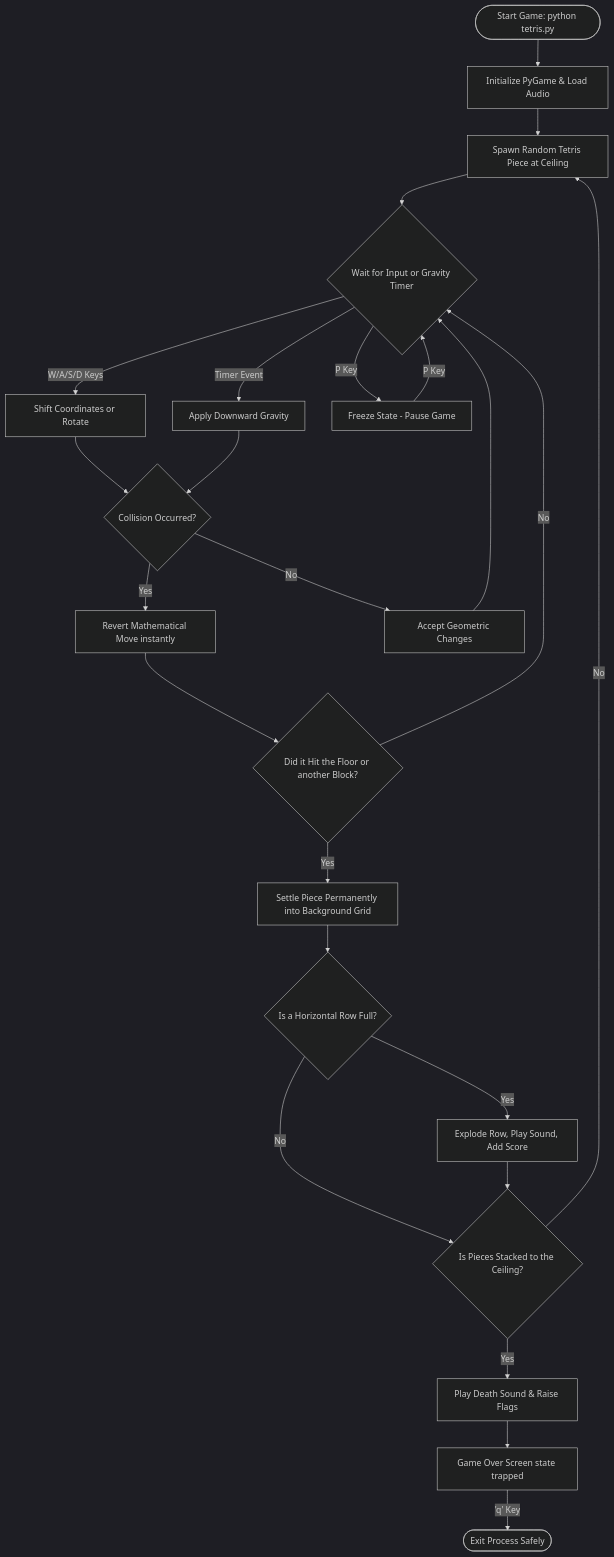
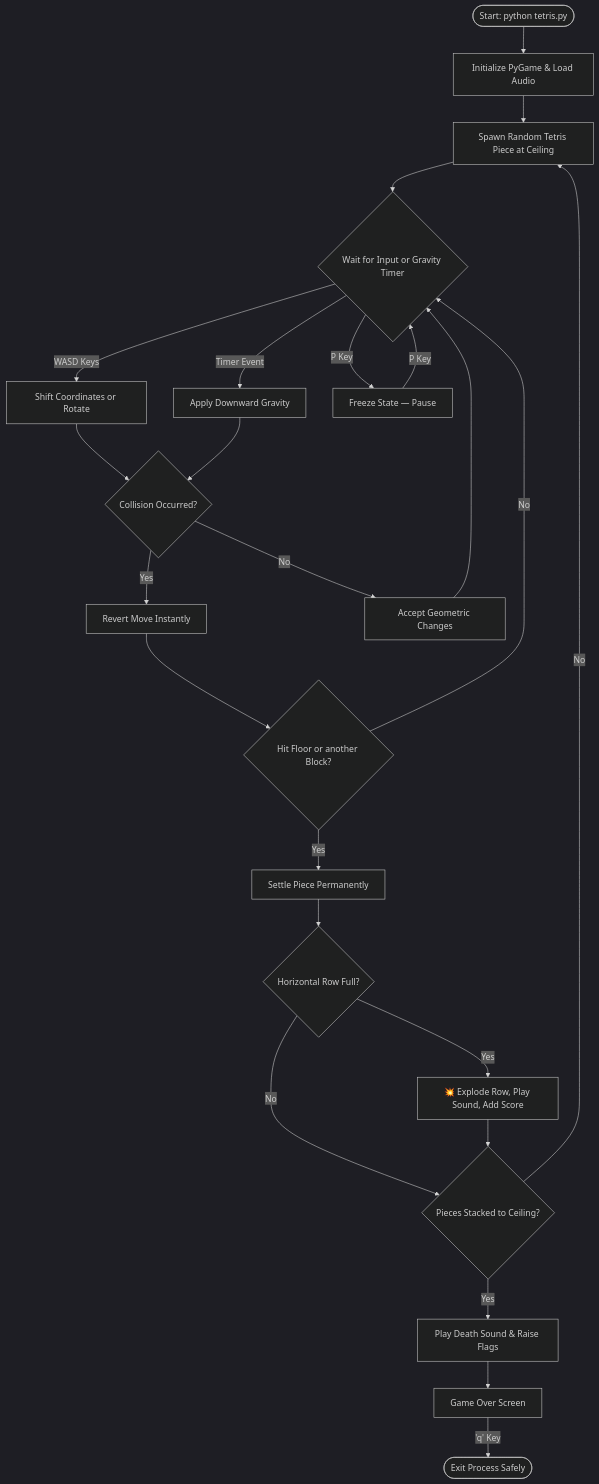
The second of 9 diagrams in Tetris Game/README.md (Subhadip-Paul2006/Games-Using-Python), drawn with Mermaid (dark theme) before and after one commit. The commit also changed other lines of this file and 10 other files, not shown here.

````diff
--- a/Tetris Game/README.md
+++ b/Tetris Game/README.md
@@ -38,37 +88,37 @@
 ```mermaid
-graph TD;
-    A([Start Game: python tetris.py]) --> B[Initialize PyGame & Load Audio]
+graph TD
+    A([Start: python tetris.py]) --> B[Initialize PyGame & Load Audio]
     B --> C[Spawn Random Tetris Piece at Ceiling]
-    
+
     C --> D{Wait for Input or Gravity Timer}
-    
-    D -- W/A/S/D Keys --> E[Shift Coordinates or Rotate]
-    D -- Timer Event --> F[Apply Downward Gravity]
-    D -- P Key --> G[Freeze State - Pause Game]
-    
-    G -- P Key --> D
-    
+
+    D -- "WASD Keys" --> E[Shift Coordinates or Rotate]
+    D -- "Timer Event" --> F[Apply Downward Gravity]
+    D -- "P Key"     --> G[Freeze State — Pause]
+
+    G -- "P Key" --> D
+
     E --> H{Collision Occurred?}
     F --> H
-    
-    H -- Yes --> I[Revert Mathematical Move instantly]
-    H -- No --> J[Accept Geometric Changes]
-    
-    I --> K{Did it Hit the Floor or another Block?}
+
+    H -- "Yes" --> I[Revert Move Instantly]
+    H -- "No"  --> J[Accept Geometric Changes]
+
+    I --> K{Hit Floor or another Block?}
     J --> D
-    
-    K -- Yes --> L[Settle Piece Permanently into Background Grid]
-    K -- No --> D
-    
-    L --> M{Is a Horizontal Row Full?}
-    M -- Yes --> N[Explode Row, Play Sound, Add Score]
-    M -- No --> O{Is Pieces Stacked to the Ceiling?}
-    
+
+    K -- "Yes" --> L[Settle Piece Permanently]
+    K -- "No"  --> D
+
+    L --> M{Horizontal Row Full?}
+    M -- "Yes" --> N[💥 Explode Row, Play Sound, Add Score]
+    M -- "No"  --> O{Pieces Stacked to Ceiling?}
+
     N --> O
-    
-    O -- Yes --> P[Play Death Sound & Raise Flags]
-    O -- No --> C
-    
-    P --> Q[Game Over Screen state trapped]
-    Q -- 'q' Key --> R([Exit Process Safely])
+
+    O -- "Yes" --> P[Play Death Sound & Raise Flags]
+    O -- "No"  --> C
+
+    P --> Q[Game Over Screen]
+    Q -- "'q' Key" --> R([Exit Process Safely])
 ```
````
